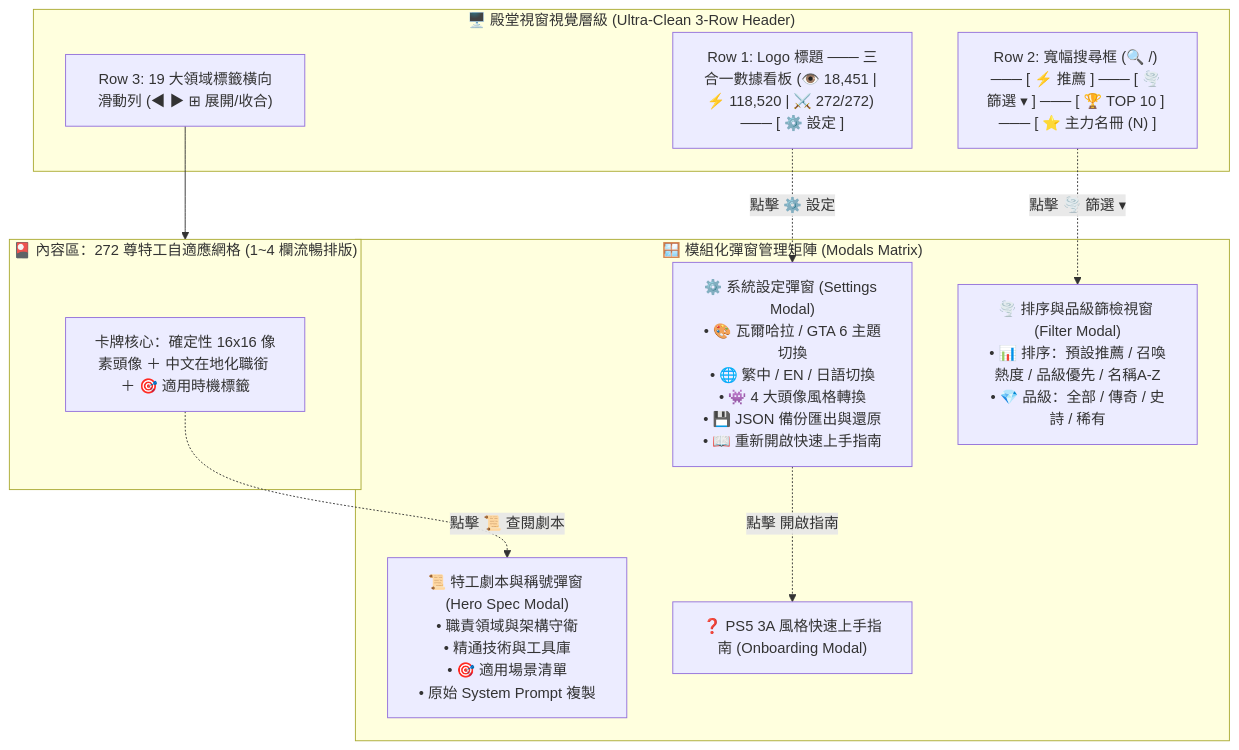
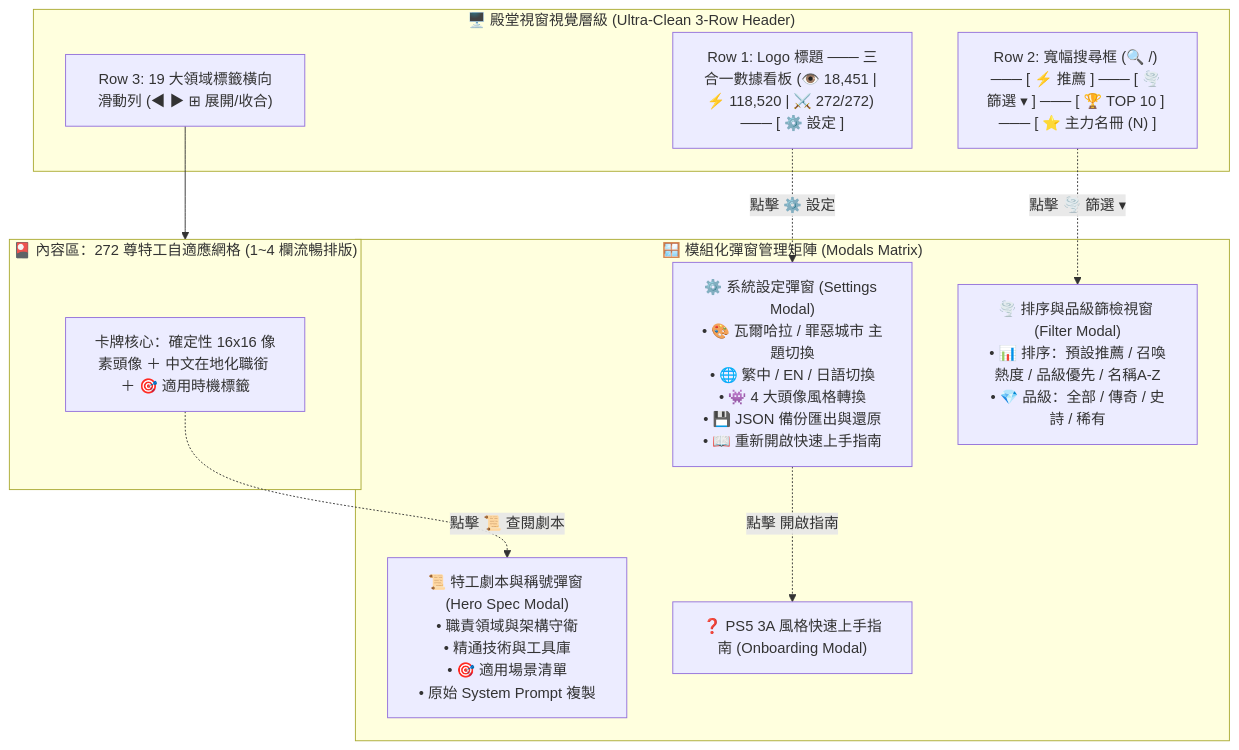
One commit to moder0811/AgentValhalla changed the diagram in document/05_VALHALLA_AFTERNOON_REFACTOR_下午視覺極簡與架構收斂總結報告.md. Above: the diagram before and after it, drawn with Mermaid. The commit also changed other lines of this file and 3 other files, not shown here.

````diff
--- a/document/05_VALHALLA_AFTERNOON_REFACTOR_下午視覺極簡與架構收斂總結報告.md
+++ b/document/05_VALHALLA_AFTERNOON_REFACTOR_下午視覺極簡與架構收斂總結報告.md
@@ -27,25 +27,25 @@
 ```mermaid
 flowchart TD
     subgraph Viewport["🖥️ 殿堂視窗視覺層級 (Ultra-Clean 3-Row Header)"]
         R1["Row 1: Logo 標題 ─── 三合一數據看板 (👁️ 18,451 | ⚡ 118,520 | ⚔️ 272/272) ─── [ ⚙️ 設定 ]"]
         R2["Row 2: 寬幅搜尋框 (🔍 /) ─── [ ⚡ 推薦 ] ─── [ 🌪️ 篩選 ▾ ] ─── [ 🏆 TOP 10 ] ─── [ ⭐ 主力名冊 (N) ]"]
         R3["Row 3: 19 大領域標籤橫向滑動列 (◀ ▶ ⊞ 展開/收合)"]
     end
 
     subgraph CardGrid["🎴 內容區：272 尊特工自適應網格 (1~4 欄流暢排版)"]
         HeroCard["卡牌核心：確定性 16x16 像素頭像 ＋ 中文在地化職銜 ＋ 🎯 適用時機標籤"]
     end
 
     subgraph Modals["🪟 模組化彈窗管理矩陣 (Modals Matrix)"]
-        M1["⚙️ 系統設定彈窗 (Settings Modal)<br/>• 🎨 瓦爾哈拉 / GTA 6 主題切換<br/>• 🌐 繁中 / EN / 日語切換<br/>• 👾 4 大頭像風格轉換<br/>• 💾 JSON 備份匯出與還原<br/>• 📖 重新開啟快速上手指南"]
+        M1["⚙️ 系統設定彈窗 (Settings Modal)<br/>• 🎨 瓦爾哈拉 / 罪惡城市 主題切換<br/>• 🌐 繁中 / EN / 日語切換<br/>• 👾 4 大頭像風格轉換<br/>• 💾 JSON 備份匯出與還原<br/>• 📖 重新開啟快速上手指南"]
         M2["🌪️ 排序與品級篩檢視窗 (Filter Modal)<br/>• 📊 排序：預設推薦 / 召喚熱度 / 品級優先 / 名稱A-Z<br/>• 💎 品級：全部 / 傳奇 / 史詩 / 稀有"]
         M3["📜 特工劇本與稱號彈窗 (Hero Spec Modal)<br/>• 職責領域與架構守衛<br/>• 精通技術與工具庫<br/>• 🎯 適用場景清單<br/>• 原始 System Prompt 複製"]
         M4["❓ PS5 3A 風格快速上手指南 (Onboarding Modal)"]
     end
 
     R1 -.->|點擊 ⚙️ 設定| M1
     R2 -.->|點擊 🌪️ 篩選 ▾| M2
     HeroCard -.->|點擊 📜 查閱劇本| M3
     M1 -.->|點擊 開啟指南| M4
     R3 --> CardGrid
 ```
````
